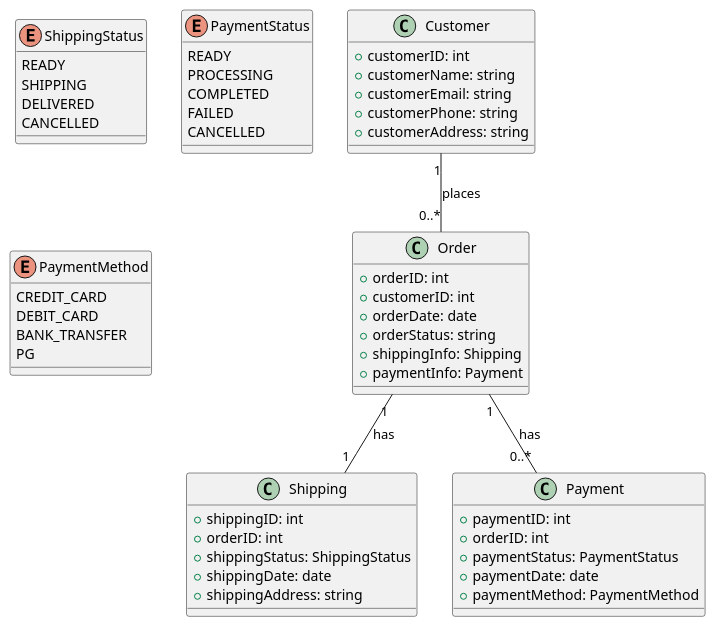
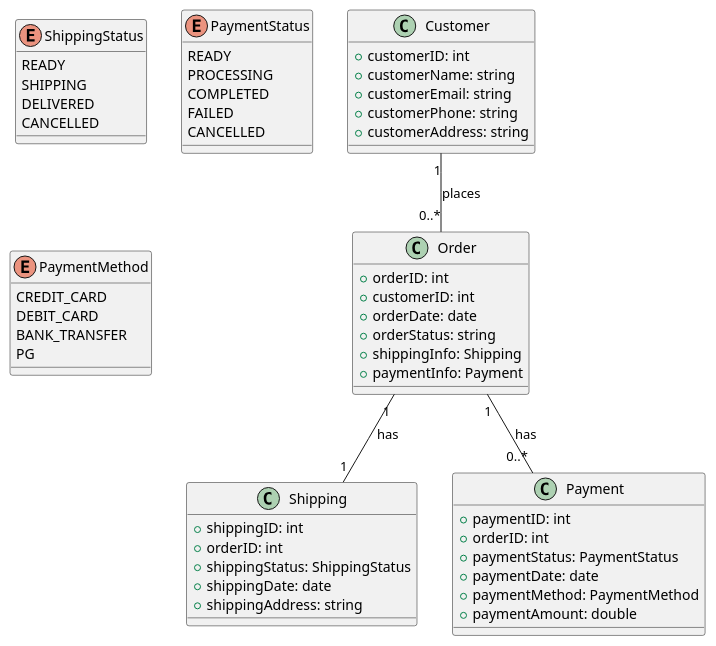
Before and after one commit to UseonJ/BE_pre_assignment: the diagram in class_diagram.plantuml, drawn with PlantUML.

Commit message:
docs: update payment class amount attribute

```diff
--- a/class_diagram.plantuml
+++ b/class_diagram.plantuml
@@ -1,62 +1,63 @@
 @startuml class_diagram
 
 class Order {
     + orderID: int
     + customerID: int
     + orderDate: date
     + orderStatus: string
     + shippingInfo: Shipping
     + paymentInfo: Payment
 }
 
 class Customer {
     + customerID: int
     + customerName: string
     + customerEmail: string
     + customerPhone: string
     + customerAddress: string
 }
 
 class Shipping {
     + shippingID: int
     + orderID: int
     + shippingStatus: ShippingStatus
     + shippingDate: date
     + shippingAddress: string
 }
 
 class Payment {
     + paymentID: int
     + orderID: int
     + paymentStatus: PaymentStatus
     + paymentDate: date
     + paymentMethod: PaymentMethod
+    + paymentAmount: double
 }
 
 enum ShippingStatus {
     READY
     SHIPPING
     DELIVERED
     CANCELLED
 }
 
 enum PaymentStatus {
     READY
     PROCESSING
     COMPLETED
     FAILED
     CANCELLED
 }
 
 enum PaymentMethod {
     CREDIT_CARD
     DEBIT_CARD
     BANK_TRANSFER
     PG
 }
 
 Customer "1" -- "0..*" Order : places
 Order "1" -- "0..*" Payment : has
 Order "1" -- "1" Shipping : has
 
 @enduml
```
